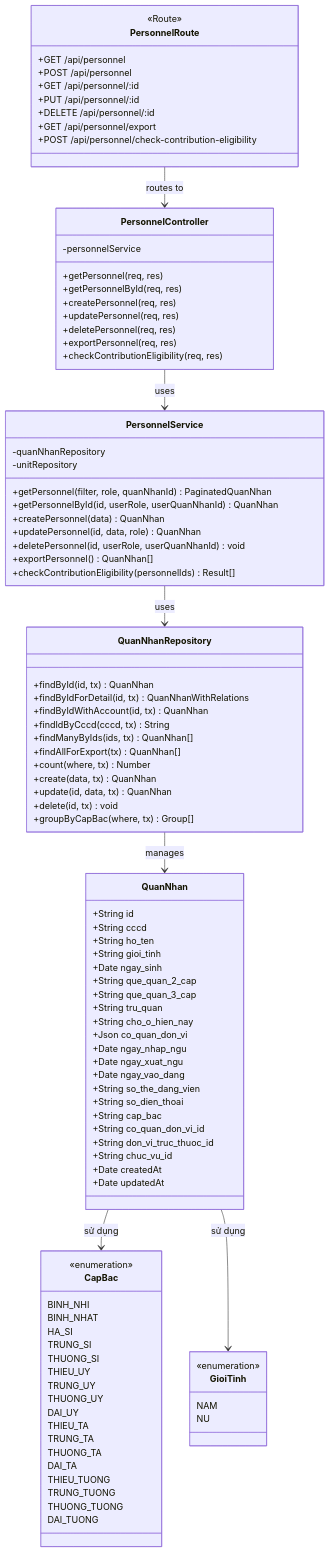
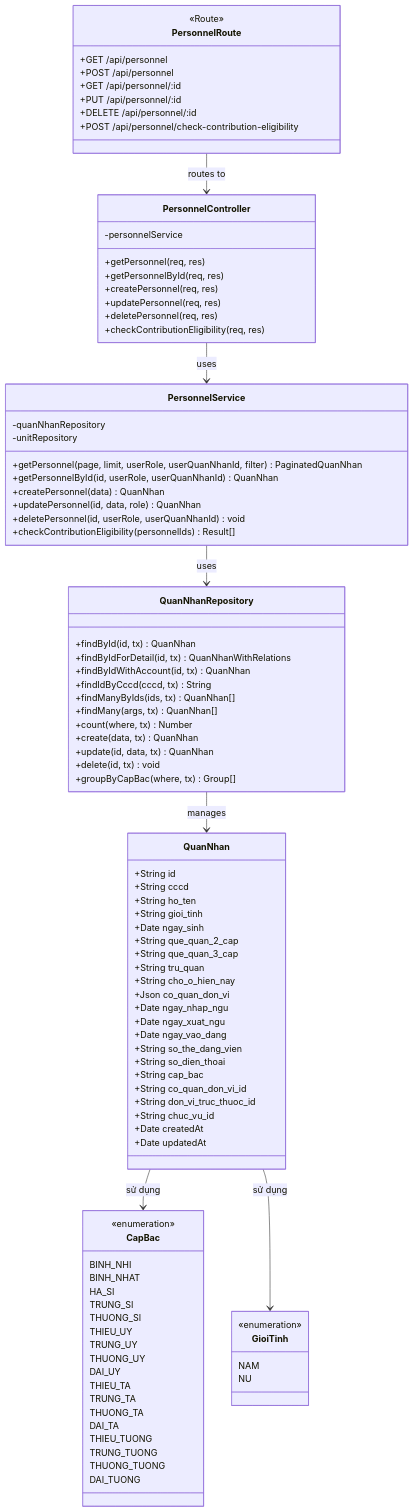
One commit to tranducbk/DATN_PM_QLKT changed the first of 5 diagrams in docs/diagrams/04-class.md. Above: the diagram before and after it, drawn with Mermaid. The commit also changed other lines of this file and 29 other files, not shown here.

First line of the commit message:
Update CLAUDE.md with additional validation rules and introduce new database schema

```diff
--- a/docs/diagrams/04-class.md
+++ b/docs/diagrams/04-class.md
@@ -66,7 +66,6 @@
         +GET /api/personnel/:id
         +PUT /api/personnel/:id
         +DELETE /api/personnel/:id
-        +GET /api/personnel/export
         +POST /api/personnel/check-contribution-eligibility
     }
 
@@ -77,19 +76,17 @@
         +createPersonnel(req, res)
         +updatePersonnel(req, res)
         +deletePersonnel(req, res)
-        +exportPersonnel(req, res)
         +checkContributionEligibility(req, res)
     }
 
     class PersonnelService {
         -quanNhanRepository
         -unitRepository
-        +getPersonnel(filter, role, quanNhanId) PaginatedQuanNhan
+        +getPersonnel(page, limit, userRole, userQuanNhanId, filter) PaginatedQuanNhan
         +getPersonnelById(id, userRole, userQuanNhanId) QuanNhan
         +createPersonnel(data) QuanNhan
         +updatePersonnel(id, data, role) QuanNhan
         +deletePersonnel(id, userRole, userQuanNhanId) void
-        +exportPersonnel() QuanNhan[]
         +checkContributionEligibility(personnelIds) Result[]
     }
 
@@ -99,7 +96,7 @@
         +findByIdWithAccount(id, tx) QuanNhan
         +findIdByCccd(cccd, tx) String
         +findManyByIds(ids, tx) QuanNhan[]
-        +findAllForExport(tx) QuanNhan[]
+        +findMany(args, tx) QuanNhan[]
         +count(where, tx) Number
         +create(data, tx) QuanNhan
         +update(id, data, tx) QuanNhan
```
